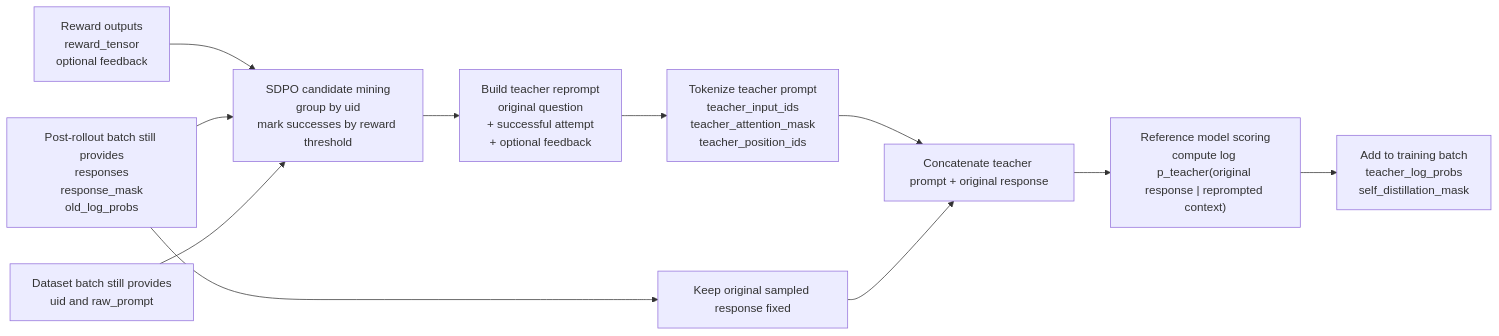
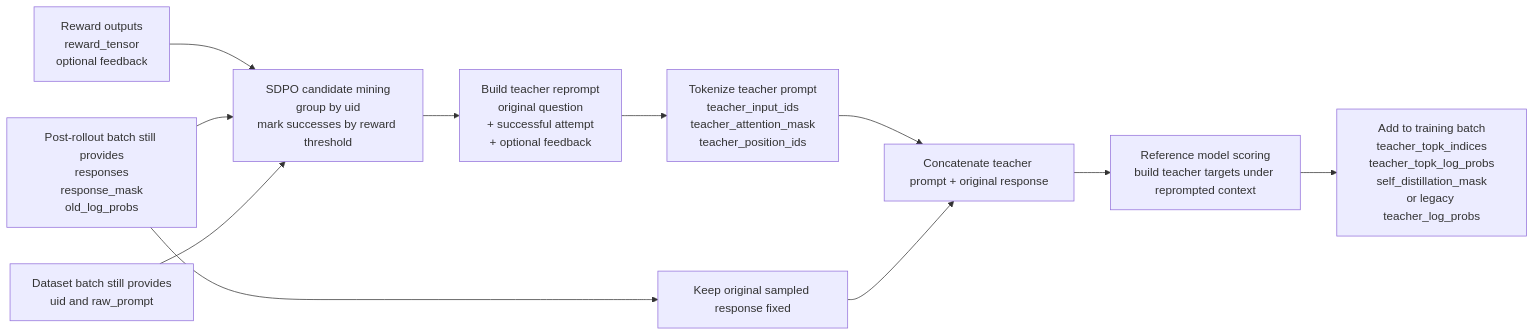
The second of 6 diagrams in sdpo-megatron/IMPLEMENTATION_DESIGN.md (zhoutong-hai/verl), drawn with Mermaid before and after one commit. The commit also changed other lines of this file, not shown here.

````diff
--- a/sdpo-megatron/IMPLEMENTATION_DESIGN.md
+++ b/sdpo-megatron/IMPLEMENTATION_DESIGN.md
@@ -133,13 +146,13 @@
 ```mermaid
 flowchart LR
     D["Reward outputs<br/>reward_tensor<br/>optional feedback"] --> F["SDPO candidate mining<br/>group by uid<br/>mark successes by reward threshold"]
     C["Post-rollout batch still provides<br/>responses<br/>response_mask<br/>old_log_probs"] --> F
     A["Dataset batch still provides<br/>uid and raw_prompt"] --> F
     F --> G["Build teacher reprompt<br/>original question<br/>+ successful attempt<br/>+ optional feedback"]
     G --> H["Tokenize teacher prompt<br/>teacher_input_ids<br/>teacher_attention_mask<br/>teacher_position_ids"]
     C --> I["Keep original sampled response fixed"]
     H --> J["Concatenate teacher prompt + original response"]
     I --> J
-    J --> K["Reference model scoring<br/>compute log p_teacher(original response | reprompted context)"]
-    K --> L["Add to training batch<br/>teacher_log_probs<br/>self_distillation_mask"]
+    J --> K["Reference model scoring<br/>build teacher targets under reprompted context"]
+    K --> L["Add to training batch<br/>teacher_topk_indices<br/>teacher_topk_log_probs<br/>self_distillation_mask<br/>or legacy teacher_log_probs"]
 ```
````
